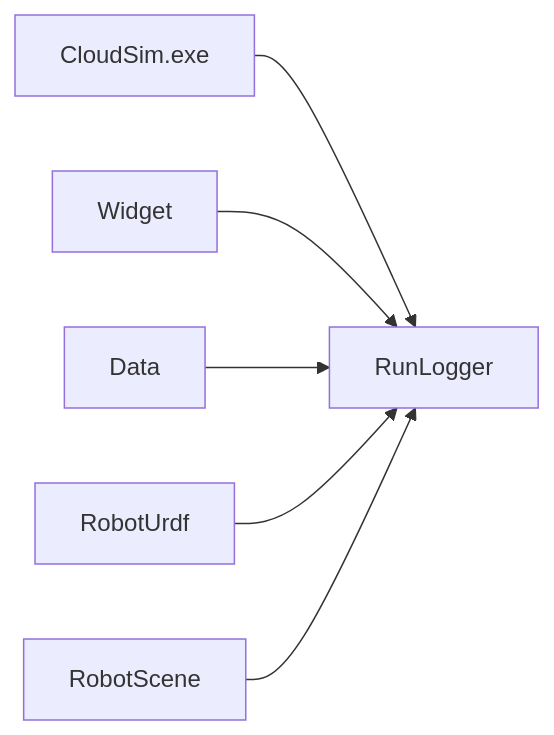
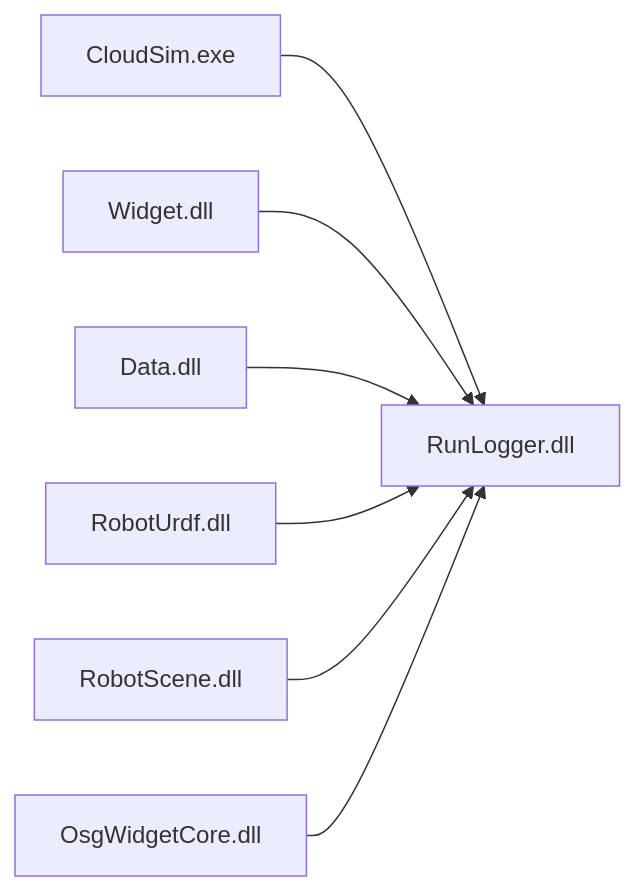
The diagram in src/Infra/RunLogger/DEVELOPER_GUIDE.md (sanmunejdn/CloudSim), drawn with Mermaid before and after one commit. The commit also changed other lines of this file and 115 other files, not shown here.

````diff
--- a/src/Infra/RunLogger/DEVELOPER_GUIDE.md
+++ b/src/Infra/RunLogger/DEVELOPER_GUIDE.md
@@ -18,8 +19,9 @@
 ```mermaid
 flowchart LR
-  CS[CloudSim.exe] --> RL[RunLogger]
-  Widget --> RL
-  Data --> RL
-  RobotUrdf --> RL
-  RobotScene --> RL
+  CS[CloudSim.exe] --> RL[RunLogger.dll]
+  Widget.dll --> RL
+  Data.dll --> RL
+  RobotUrdf.dll --> RL
+  RobotScene.dll --> RL
+  OsgWidgetCore.dll --> RL
 ```
````
